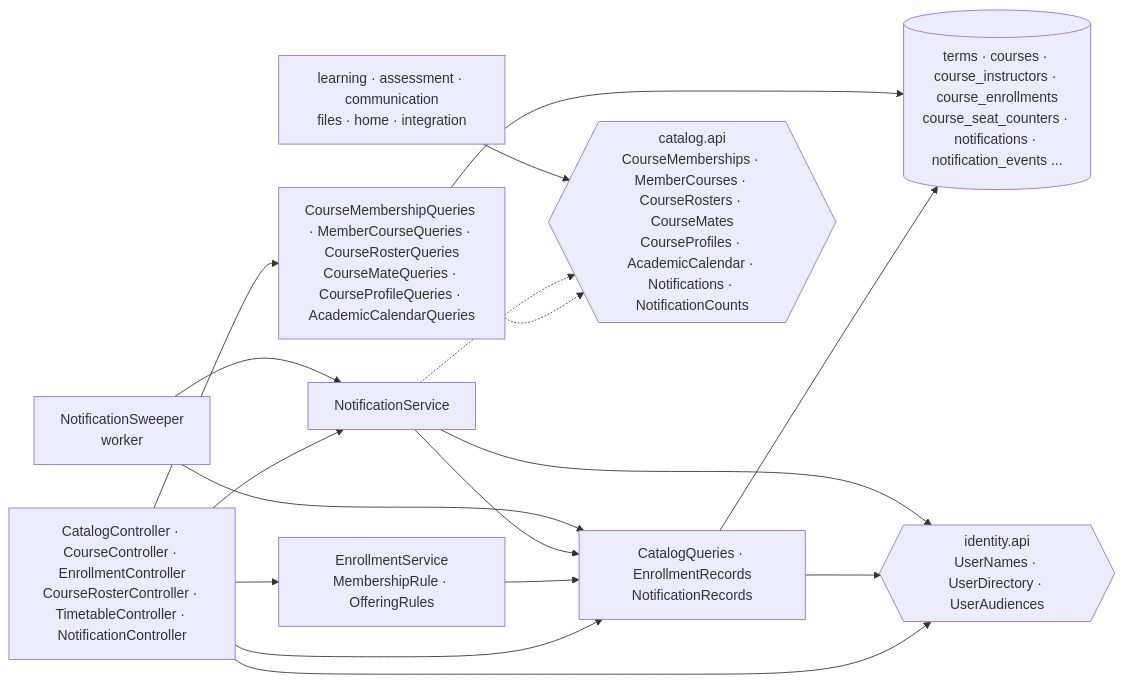
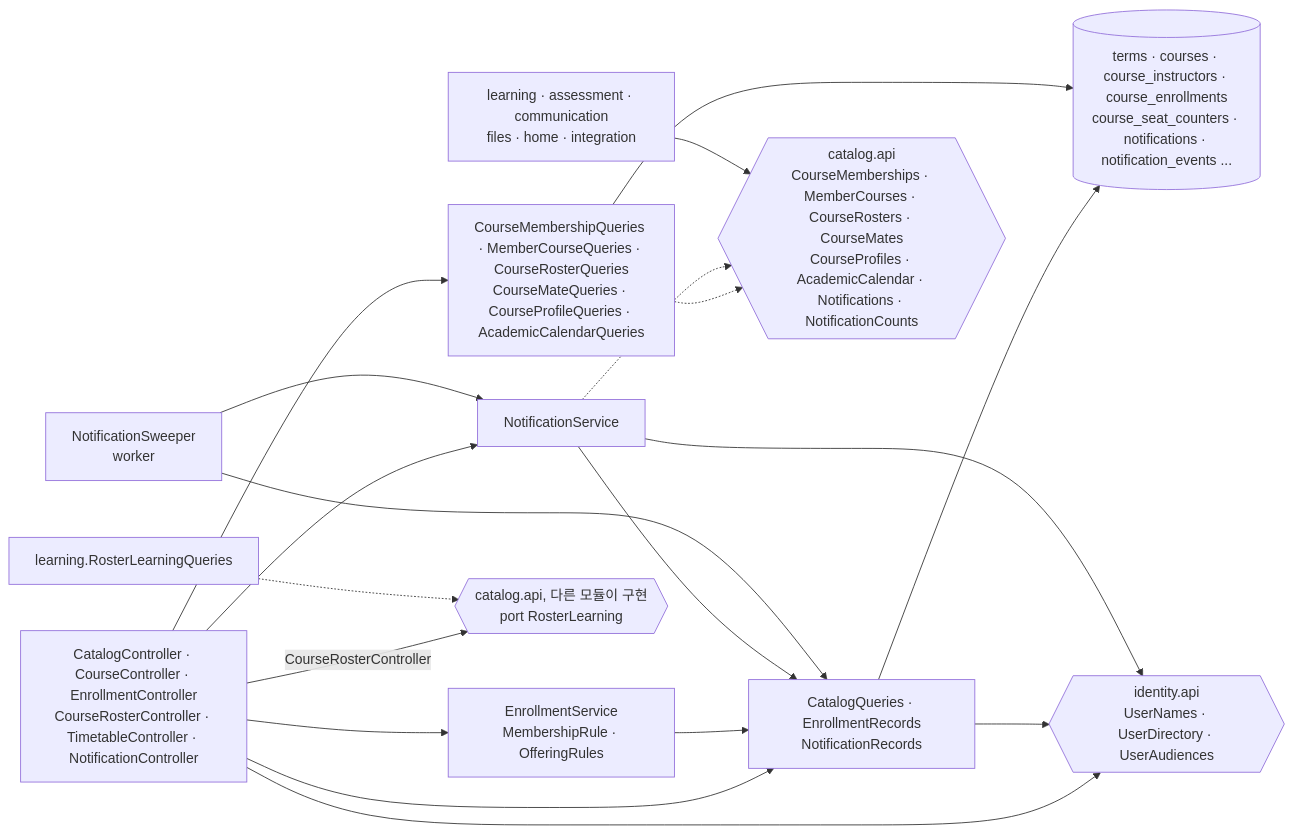
One commit to 2026ENDPoinT/team13 changed the seventh of 18 diagrams in backend/docs/c4.md. Above: the diagram before and after it, drawn with Mermaid. The commit also changed other lines of this file, not shown here.

````diff
--- a/backend/docs/c4.md
+++ b/backend/docs/c4.md
@@ -288,21 +288,25 @@
 ```mermaid
 flowchart LR
   CTRL["CatalogController · CourseController · EnrollmentController<br/>CourseRosterController · TimetableController · NotificationController"]
   ENR["EnrollmentService<br/>MembershipRule · OfferingRules"]
   NS["NotificationService"]
   SW["NotificationSweeper<br/>worker"]
   REC["CatalogQueries · EnrollmentRecords<br/>NotificationRecords"]
   Q["CourseMembershipQueries · MemberCourseQueries · CourseRosterQueries<br/>CourseMateQueries · CourseProfileQueries · AcademicCalendarQueries"]
   API{{"catalog.api<br/>CourseMemberships · MemberCourses · CourseRosters · CourseMates<br/>CourseProfiles · AcademicCalendar · Notifications · NotificationCounts"}}
   IDN{{"identity.api<br/>UserNames · UserDirectory · UserAudiences"}}
   DB[("terms · courses · course_instructors · course_enrollments<br/>course_seat_counters · notifications · notification_events ...")]
   CALL["learning · assessment · communication<br/>files · home · integration"]
+  PORT{{"catalog.api, 다른 모듈이 구현<br/>port RosterLearning"}}
+  LRQ["learning.RosterLearningQueries"]
   CTRL --> ENR & NS & REC & Q
   ENR --> REC
   NS --> REC
   SW --> NS & REC
   REC & Q --> DB
   Q & NS -.-> API
   CTRL & REC & NS --> IDN
   CALL --> API
+  CTRL -->|"CourseRosterController"| PORT
+  LRQ -.-> PORT
 ```
````
